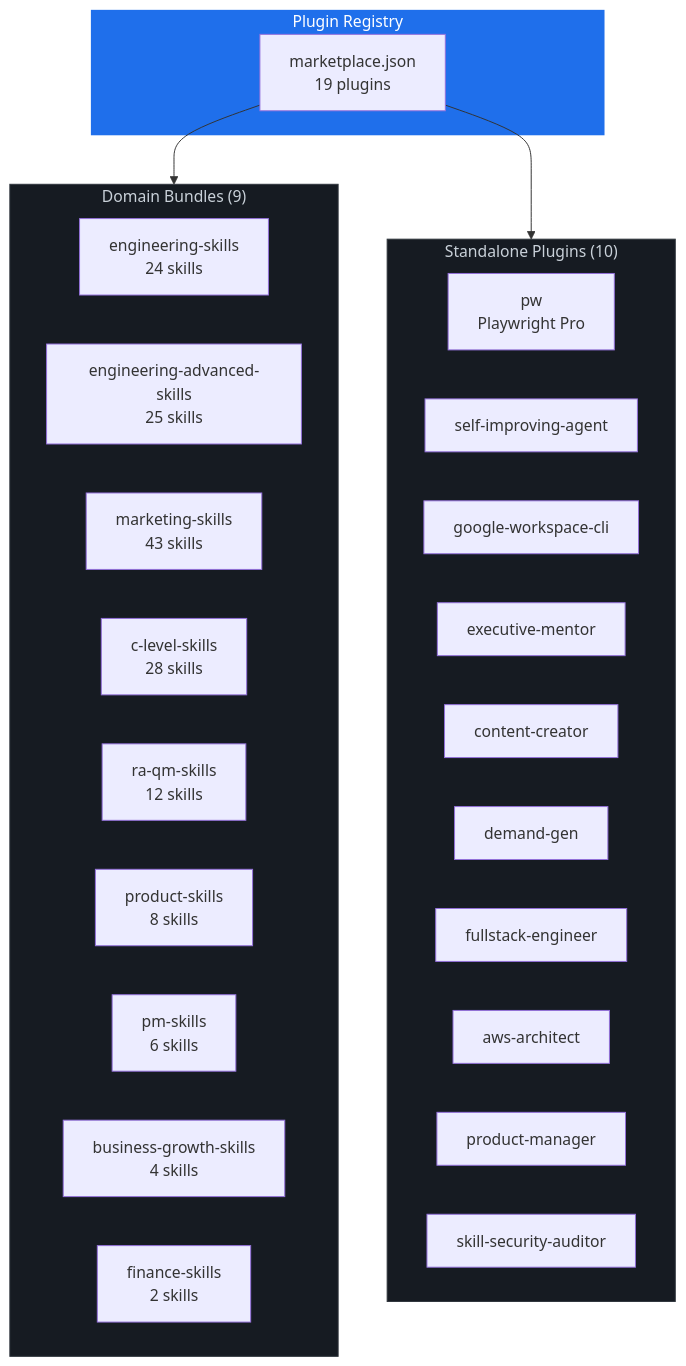
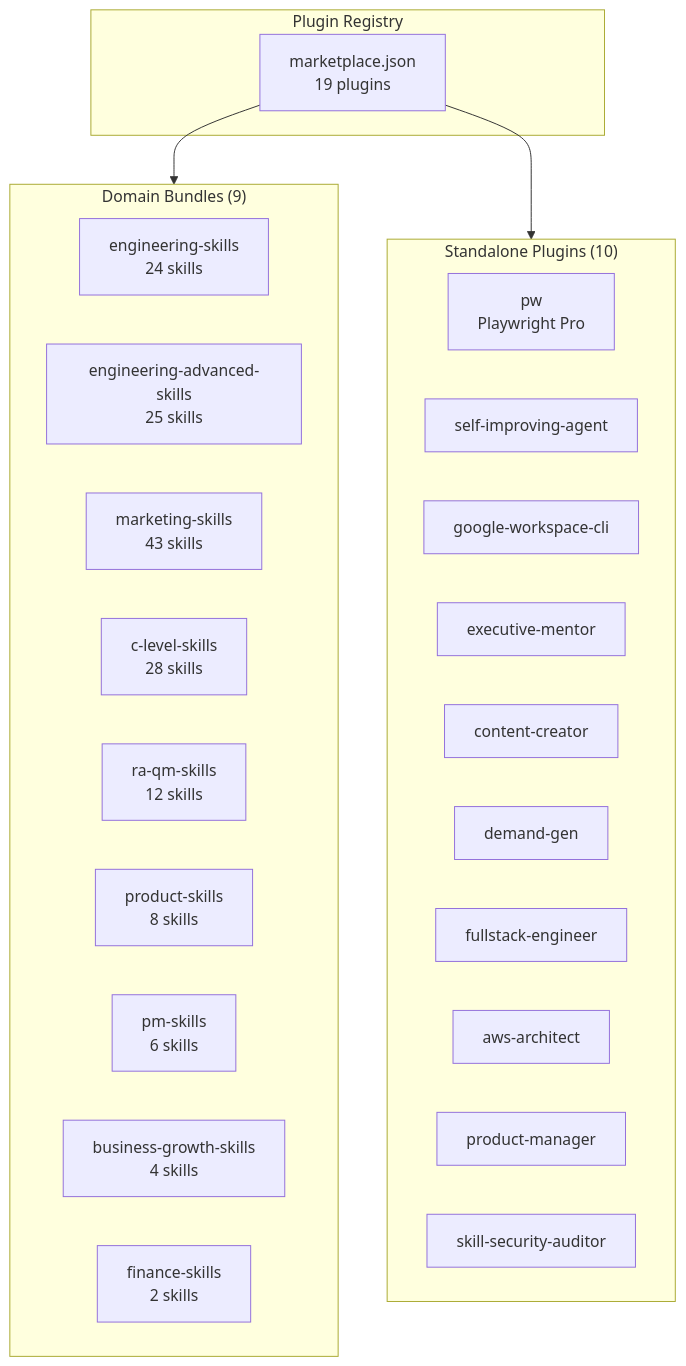
One commit to alirezarezvani/claude-skills changed the diagram in docs/plugins/index.md. Above: the diagram before and after it, drawn with Mermaid.

Commit message:
fix(docs): remove hardcoded dark colors from Mermaid diagram on plugins page
The style directives used dark theme colors (#161b22, #30363d) making
text invisible in light mode. Removed to let Mermaid use theme defaults.

````diff
--- a/docs/plugins/index.md
+++ b/docs/plugins/index.md
@@ -90,38 +90,34 @@
 ```mermaid
 graph TB
     subgraph Registry["Plugin Registry"]
         MP["marketplace.json<br/>19 plugins"]
     end
 
     subgraph Bundles["Domain Bundles (9)"]
         B1["engineering-skills<br/>24 skills"]
         B2["engineering-advanced-skills<br/>25 skills"]
         B3["marketing-skills<br/>43 skills"]
         B4["c-level-skills<br/>28 skills"]
         B5["ra-qm-skills<br/>12 skills"]
         B6["product-skills<br/>8 skills"]
         B7["pm-skills<br/>6 skills"]
         B8["business-growth-skills<br/>4 skills"]
         B9["finance-skills<br/>2 skills"]
     end
 
     subgraph Standalone["Standalone Plugins (10)"]
         S1["pw<br/>Playwright Pro"]
         S2["self-improving-agent"]
         S3["google-workspace-cli"]
         S4["executive-mentor"]
         S5["content-creator"]
         S6["demand-gen"]
         S7["fullstack-engineer"]
         S8["aws-architect"]
         S9["product-manager"]
         S10["skill-security-auditor"]
     end
 
     MP --> Bundles
     MP --> Standalone
-
-    style Registry fill:#1f6feb,color:#fff,stroke:none
-    style Bundles fill:#161b22,color:#c9d1d9,stroke:#30363d
-    style Standalone fill:#161b22,color:#c9d1d9,stroke:#30363d
 ```
````
